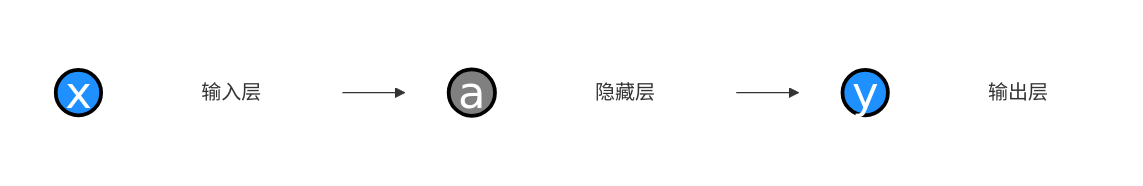
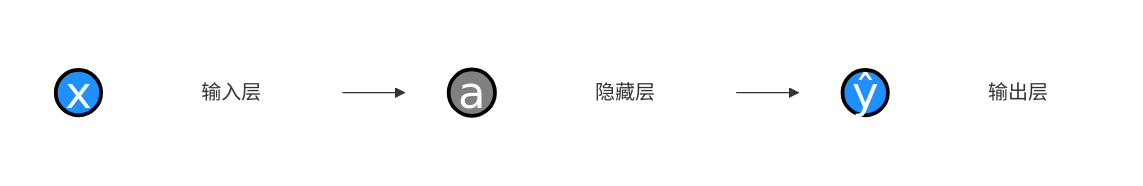
The first of 3 diagrams in 2026/2609.md (owent/blog-website), drawn with Mermaid before and after one commit. The commit also changed other lines of this file and 19 other files, not shown here.

````diff
--- a/2026/2609.md
+++ b/2026/2609.md
@@ -162,32 +54,32 @@
 ```mermaid
 flowchart LR
     subgraph g1[" "]
         direction TB
         X((x))
         XL[输入层]
     end
     subgraph g2[" "]
         direction TB
         A((a))
         AL[隐藏层]
     end
     subgraph g3[" "]
         direction TB
-        Y((y))
+        Y((ŷ))
         YL[输出层]
     end
     
     X --> A --> Y
     
     classDef blueCircle fill:#1E90FF,stroke:#000,stroke-width:3px,color:#fff,font-size:36px
     classDef grayCircle fill:#808080,stroke:#000,stroke-width:3px,color:#fff,font-size:36px
     classDef labelStyle fill:none,stroke:none,font-size:16px
     
     class X,Y blueCircle
     class A grayCircle
     class XL,AL,YL labelStyle
     
     style g1 fill:none,stroke:none
     style g2 fill:none,stroke:none
     style g3 fill:none,stroke:none
 ```
````
